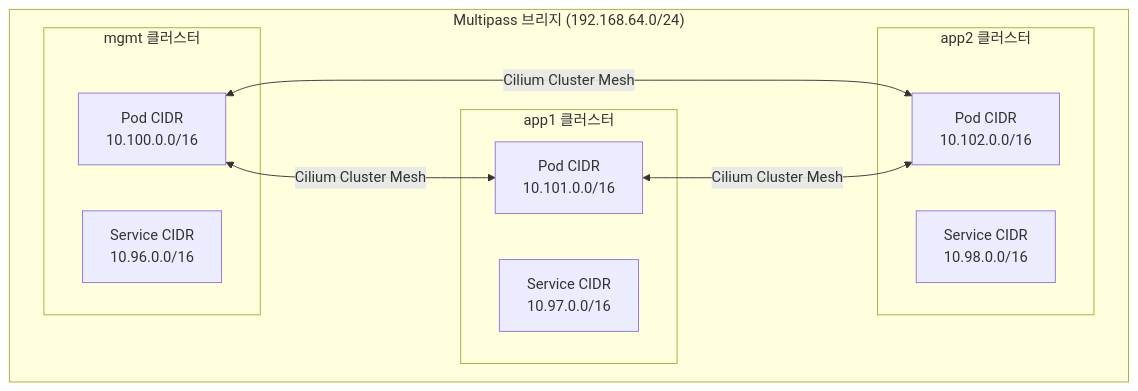
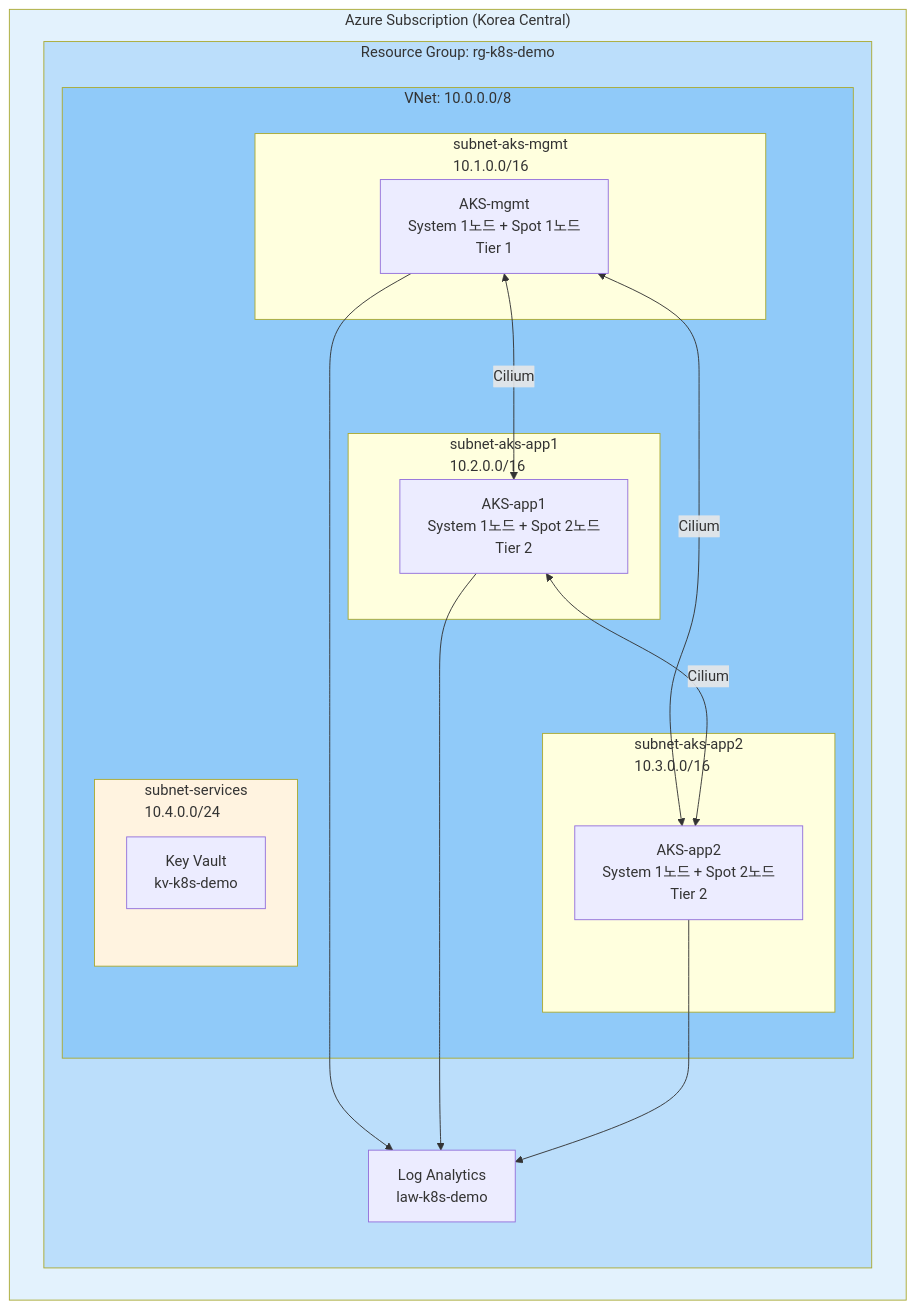
Before and after one commit to bocopile/mac-k8s-multipass-terraform: the first of 6 diagrams in document/on-premise/ARCHITECTURE.md, drawn with Mermaid. The commit also changed other lines of this file and 1 other file, not shown here.

````diff
--- a/document/on-premise/ARCHITECTURE.md
+++ b/document/on-premise/ARCHITECTURE.md
@@ -273,23 +175,39 @@
 ```mermaid
 flowchart TB
-    subgraph Bridge["Multipass 브리지 (192.168.64.0/24)"]
-        subgraph mgmt["mgmt 클러스터"]
-            mgmt-pod["Pod CIDR<br/>10.100.0.0/16"]
-            mgmt-svc["Service CIDR<br/>10.96.0.0/16"]
-        end
+    subgraph Azure["Azure Subscription (Korea Central)"]
+        subgraph RG["Resource Group: rg-k8s-demo"]
+            subgraph VNet["VNet: 10.0.0.0/8"]
+                subgraph SubnetMgmt["subnet-aks-mgmt<br/>10.1.0.0/16"]
+                    AKSmgmt["AKS-mgmt<br/>System 1노드 + Spot 1노드<br/>Tier 1"]
+                end
 
-        subgraph app1["app1 클러스터"]
-            app1-pod["Pod CIDR<br/>10.101.0.0/16"]
-            app1-svc["Service CIDR<br/>10.97.0.0/16"]
-        end
+                subgraph SubnetApp1["subnet-aks-app1<br/>10.2.0.0/16"]
+                    AKSapp1["AKS-app1<br/>System 1노드 + Spot 2노드<br/>Tier 2"]
+                end
 
-        subgraph app2["app2 클러스터"]
-            app2-pod["Pod CIDR<br/>10.102.0.0/16"]
-            app2-svc["Service CIDR<br/>10.98.0.0/16"]
+                subgraph SubnetApp2["subnet-aks-app2<br/>10.3.0.0/16"]
+                    AKSapp2["AKS-app2<br/>System 1노드 + Spot 2노드<br/>Tier 2"]
+                end
+
+                subgraph SubnetSvc["subnet-services<br/>10.4.0.0/24"]
+                    KeyVault["Key Vault<br/>kv-k8s-demo"]
+                end
+            end
+
+            LAW["Log Analytics<br/>law-k8s-demo"]
         end
     end
 
-    mgmt-pod <-->|"Cilium Cluster Mesh"| app1-pod
-    mgmt-pod <-->|"Cilium Cluster Mesh"| app2-pod
-    app1-pod <-->|"Cilium Cluster Mesh"| app2-pod
+    AKSmgmt <-->|"Cilium"| AKSapp1
+    AKSmgmt <-->|"Cilium"| AKSapp2
+    AKSapp1 <-->|"Cilium"| AKSapp2
+
+    AKSmgmt --> LAW
+    AKSapp1 --> LAW
+    AKSapp2 --> LAW
+
+    style Azure fill:#e3f2fd
+    style RG fill:#bbdefb
+    style VNet fill:#90caf9
+    style SubnetSvc fill:#fff3e0
 ```
````
